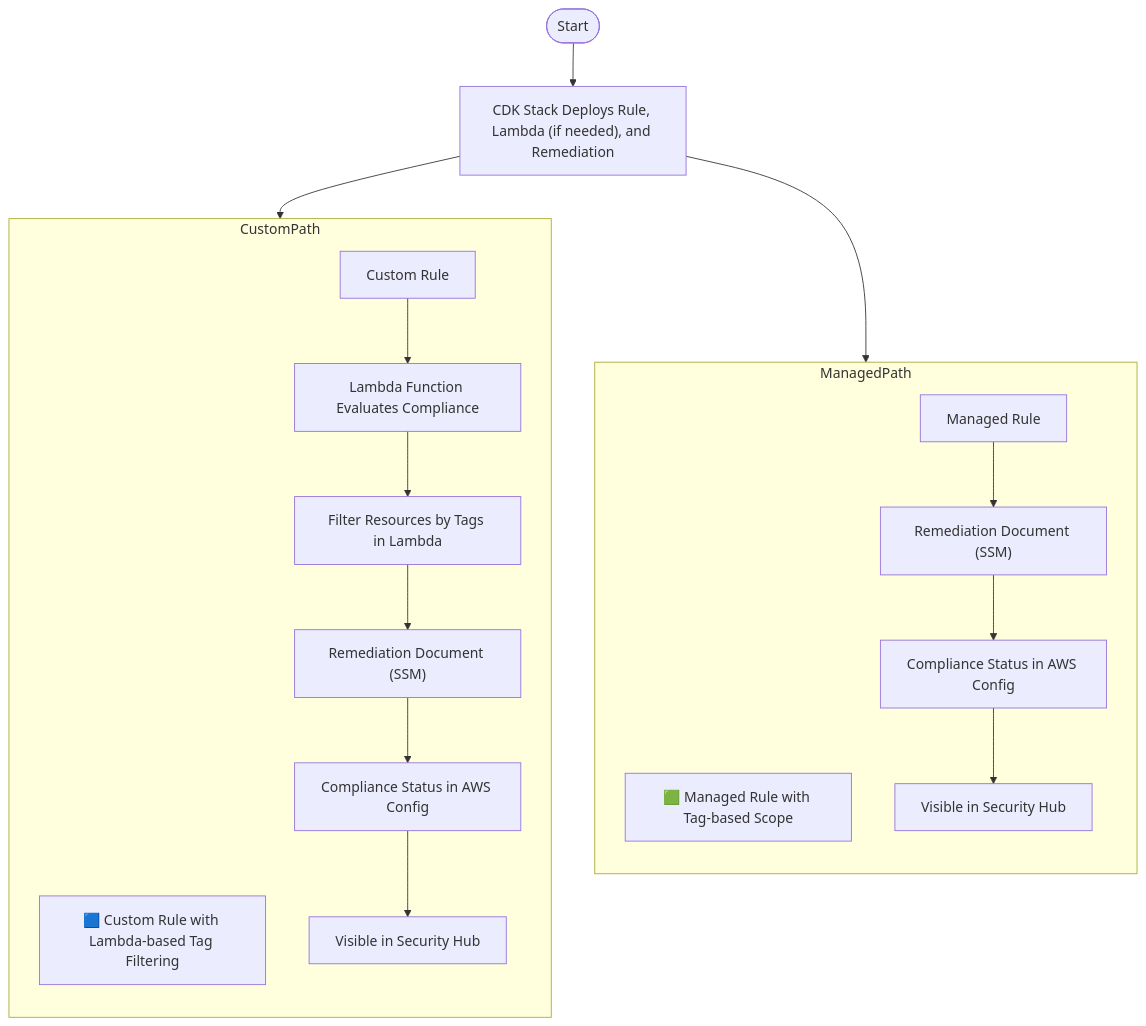
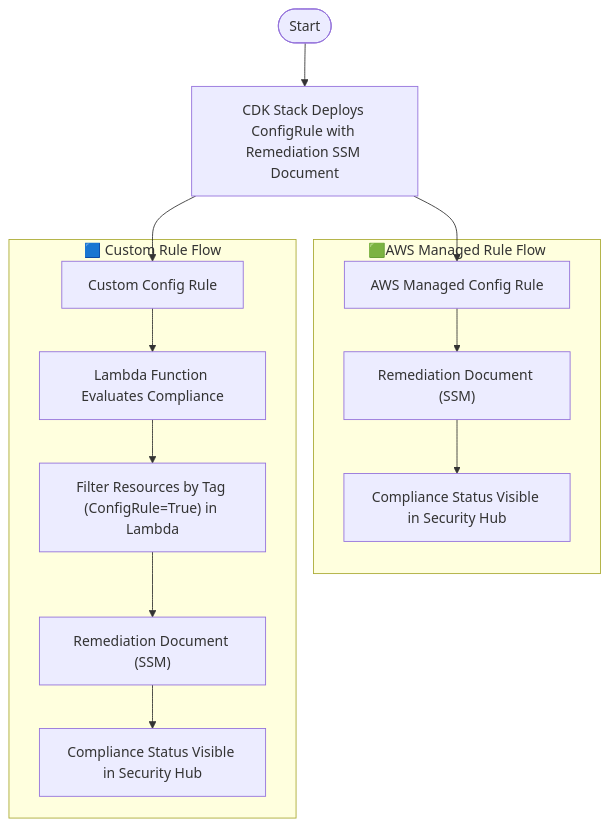
The third of 3 diagrams in src/config/config-flow.md (vchinnap/vchinnap-discussions), drawn with Mermaid before and after one commit. The commit also changed other lines of this file, not shown here.

````diff
--- a/src/config/config-flow.md
+++ b/src/config/config-flow.md
@@ -38,29 +37,19 @@
 ```mermaid
 flowchart TD
-    A([Start]) --> B["CDK Stack Deploys Rule, Lambda (if needed), and Remediation"]
+  A([Start]) --> B["CDK Stack Deploys ConfigRule with Remediation SSM Document"]
 
-    %% Managed Rule Subgraph
-    subgraph ManagedPath
-        direction TB
-        T1["🟩 Managed Rule with Tag-based Scope"]
-        C["Managed Rule"]
-        C --> E["Remediation Document (SSM)"]
-        E --> FC["Compliance Status in AWS Config"]
-        FC --> F["Visible in Security Hub"]
-    end
+  B --> C["AWS Managed Config Rule"]
+  B --> D["Custom Config Rule"]
 
-    %% Custom Rule Subgraph
-    subgraph CustomPath
-        direction TB
-        T2["🟦 Custom Rule with Lambda-based Tag Filtering"]
-        D["Custom Rule"]
-        D --> G["Lambda Function Evaluates Compliance"]
-        G --> G1["Filter Resources by Tags in Lambda"]
-        G1 --> H["Remediation Document (SSM)"]
-        H --> HC["Compliance Status in AWS Config"]
-        HC --> I["Visible in Security Hub"]
-    end
+  subgraph ManagedPath ["🟩AWS Managed Rule Flow"]
+    C --> E["Remediation Document (SSM)"]
+    E --> F["Compliance Status Visible in Security Hub"]
+  end
 
-    B --> C
-    B --> D
+  subgraph CustomPath ["🟦 Custom Rule Flow"]
+    D --> G["Lambda Function Evaluates Compliance"]
+    G --> G1["Filter Resources by Tag (ConfigRule=True) in Lambda"]
+    G1 --> H["Remediation Document (SSM)"]
+    H --> I["Compliance Status Visible in Security Hub"]
+  end
 ```
````
